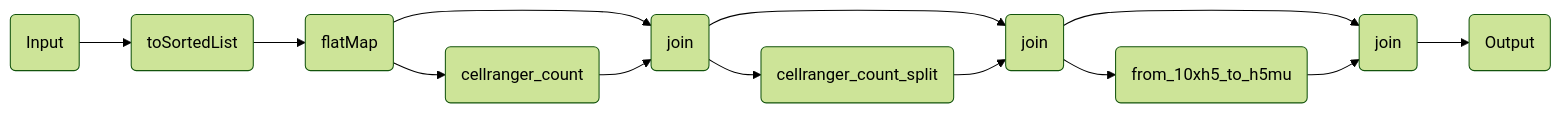
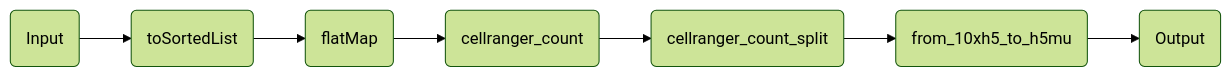
The diagram in components/workflows/ingestion/cellranger_mapping.qmd (openpipelines-bio/website), drawn with Mermaid (forest theme) before and after one commit. The commit also changed other lines of this file and 15 other files, not shown here.

````diff
--- a/components/workflows/ingestion/cellranger_mapping.qmd
+++ b/components/workflows/ingestion/cellranger_mapping.qmd
@@ -118,27 +121,18 @@
 ```{mermaid}
 %%| column: screen-inset-shaded
 flowchart LR
     p0(Input)
     p2(toSortedList)
     p4(flatMap)
-    p14(join)
     p12(cellranger_count)
-    p23(join)
     p21(cellranger_count_split)
-    p33(join)
     p31(from_10xh5_to_h5mu)
     p39(Output)
     p0-->p2
     p2-->p4
-    p4-->p14
     p4-->p12
-    p12-->p14
-    p14-->p23
-    p14-->p21
-    p21-->p23
-    p23-->p33
-    p23-->p31
-    p31-->p33
-    p33-->p39
+    p12-->p21
+    p21-->p31
+    p31-->p39
 
 ```
````
